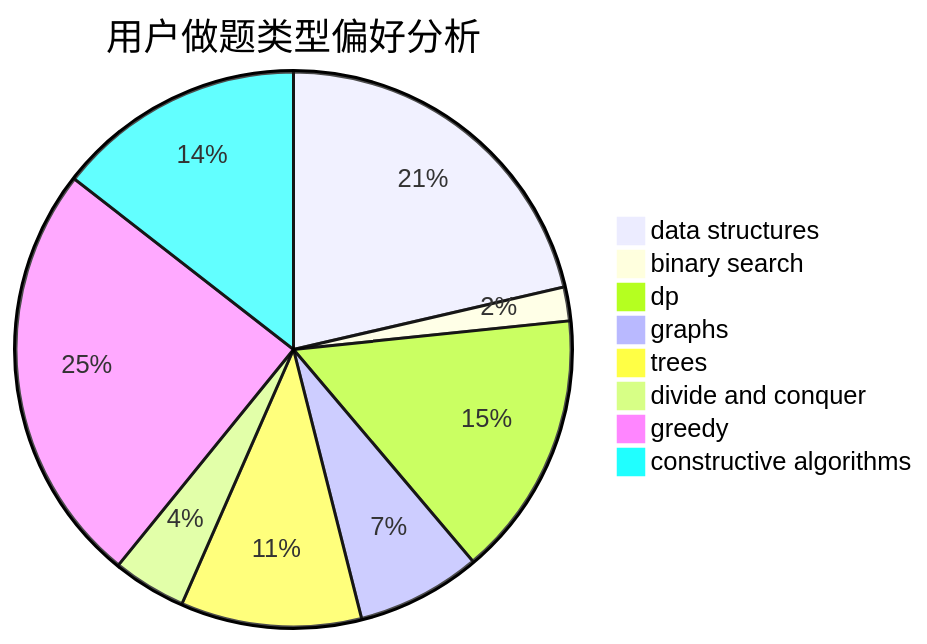
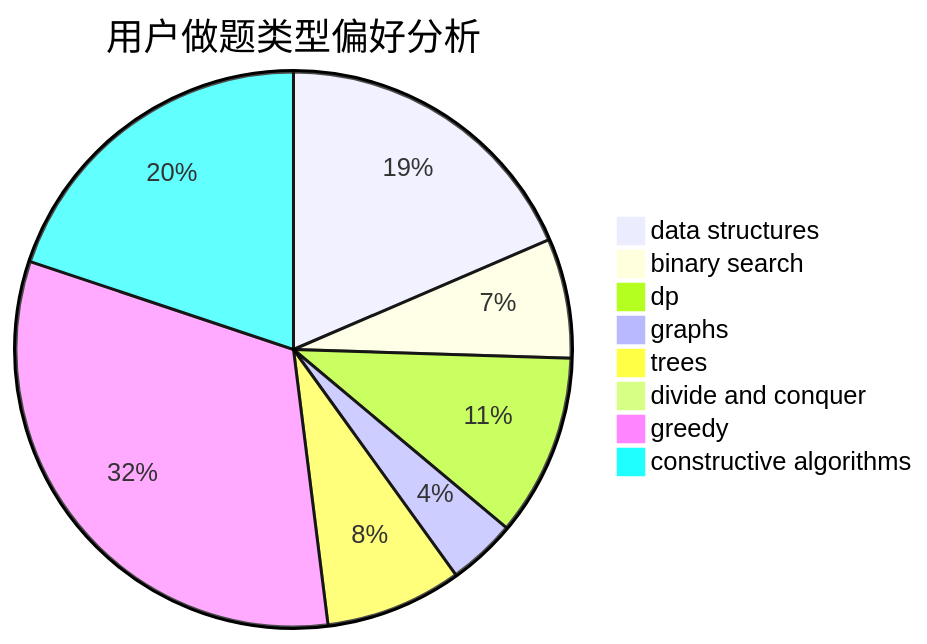
One commit to sherpahu/cfrs.github.io changed the second of 3 diagrams in docs/user/u2482.md. Above: the diagram before and after it, drawn with Mermaid. The commit also changed other lines of this file and 2770 other files, not shown here.

````diff
--- a/docs/user/u2482.md
+++ b/docs/user/u2482.md
@@ -23,11 +23,11 @@
 ```mermaid
 pie title 用户做题类型偏好分析
-    "data structures" :  65
-    "binary search" :  6
-    "dp" :  47
-    "graphs" :  22
-    "trees" :  32
-    "divide and conquer" :  13
-    "greedy" :  75
-    "constructive algorithms" :  44
+    "data structures" :  56
+    "binary search" :  21
+    "dp" :  32
+    "graphs" :  12
+    "trees" :  24
+    "divide and conquer" :  0
+    "greedy" :  97
+    "constructive algorithms" :  60
 ```
````
